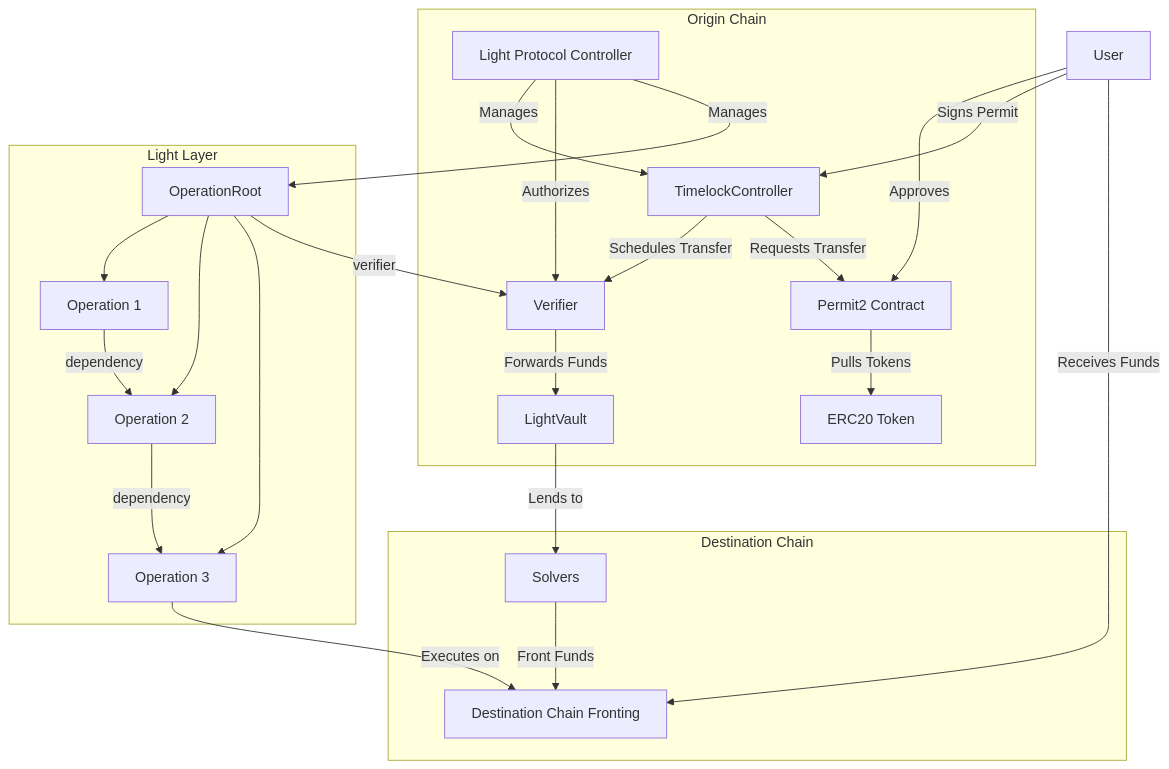
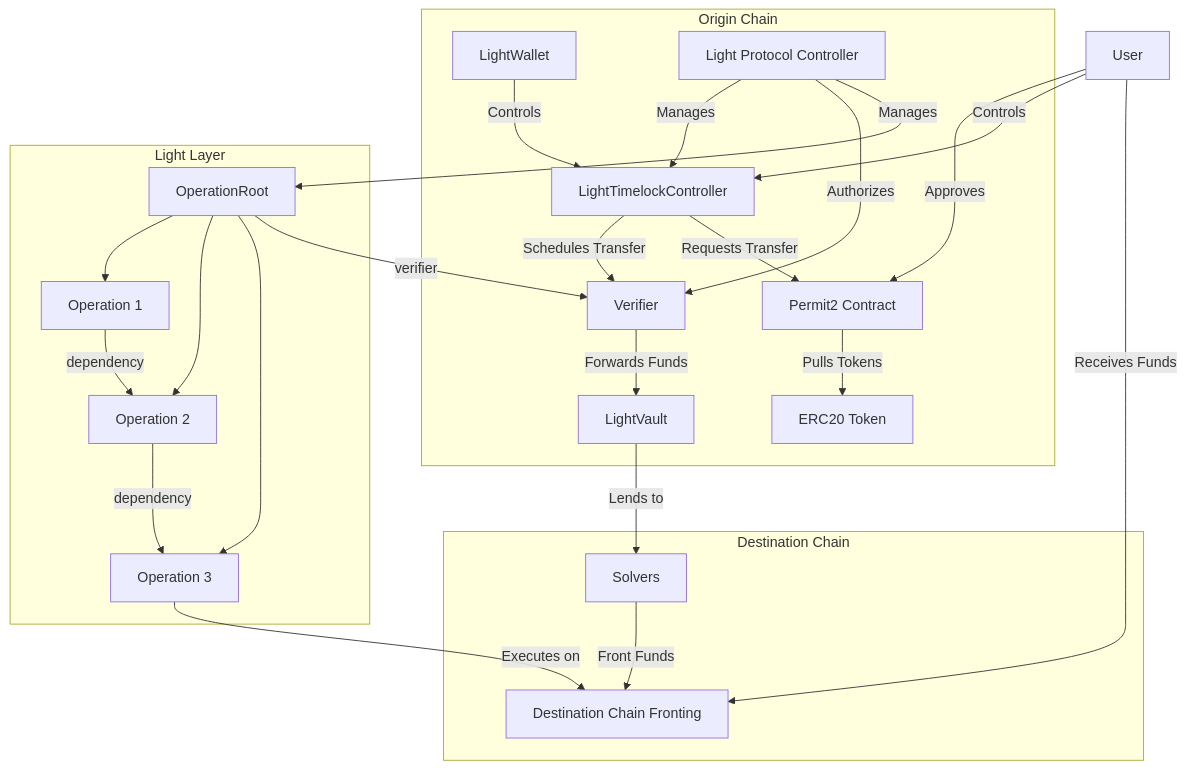
Before and after one commit to LightDotSo/LightDotSo: the diagram in apps/docs/content/contracts/diagram.mdx, drawn with Mermaid.

````diff
--- a/apps/docs/content/contracts/diagram.mdx
+++ b/apps/docs/content/contracts/diagram.mdx
@@ -6,49 +6,53 @@
 ```mermaid
 graph TD
     User[User] --> |Approves| Permit2[Permit2 Contract]
-    User --> |Signs Permit| TimelockController[TimelockController]
+    User --> |Controls| LightTimelockController[LightTimelockController]
+
+    LightWallet[LightWallet] --> |Controls| LightTimelockController
 
     Permit2 --> |Pulls Tokens| ERC20[ERC20 Token]
 
-    TimelockController --> |Schedules Transfer| Verifier[Verifier]
-    TimelockController --> |Requests Transfer| Permit2
+    LightTimelockController --> |Schedules Transfer| Verifier[Verifier]
+    LightTimelockController --> |Requests Transfer| Permit2
 
-    LightProtocolController[Light Protocol Controller] --> |Manages| TimelockController
+    LightProtocolController[Light Protocol Controller] --> |Manages| LightTimelockController
     LightProtocolController --> |Authorizes| Verifier
     LightProtocolController --> |Manages| OperationRoot[OperationRoot]
 
     Verifier --> |Forwards Funds| LightVault[LightVault]
 
     LightVault --> |Lends to| Solvers[Solvers]
 
     Solvers --> |Front Funds| DestinationChainFronting[Destination Chain Fronting]
 
     User --> |Receives Funds| DestinationChainFronting
 
     subgraph "Origin Chain"
         ERC20
         Permit2
-        TimelockController
+        LightTimelockController
         Verifier
         LightVault
         LightProtocolController
+        LightWallet
     end
 
     subgraph "Light Layer"
         OperationRoot --> Operation1[Operation 1]
         OperationRoot --> Operation2[Operation 2]
         OperationRoot --> Operation3[Operation 3]
 
         Operation1 --> |dependency| Operation2
         Operation2 --> |dependency| Operation3
 
         OperationRoot --> |verifier| Verifier
     end
 
     subgraph "Destination Chain"
         DestinationChainFronting
         Solvers
     end
 
     Operation3 --> |Executes on| DestinationChainFronting
+
 ```
````
